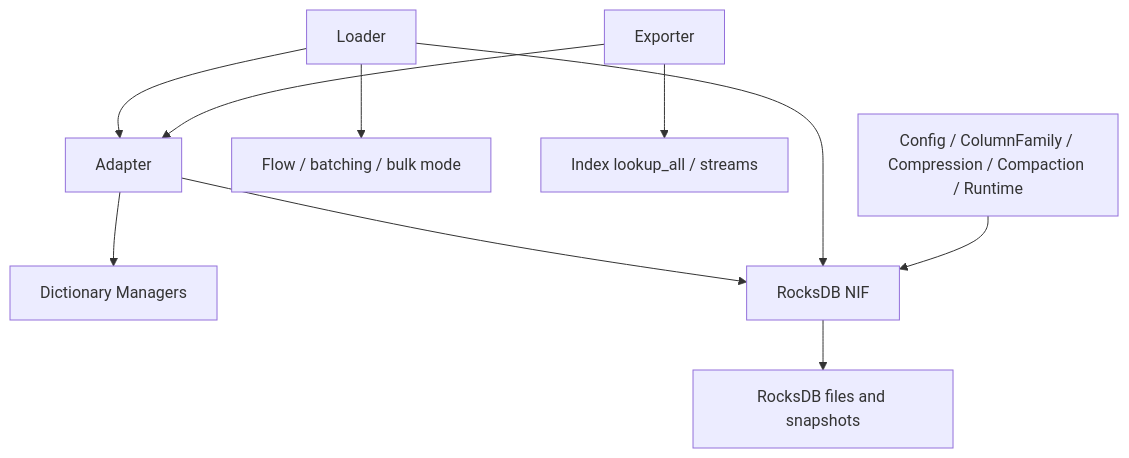
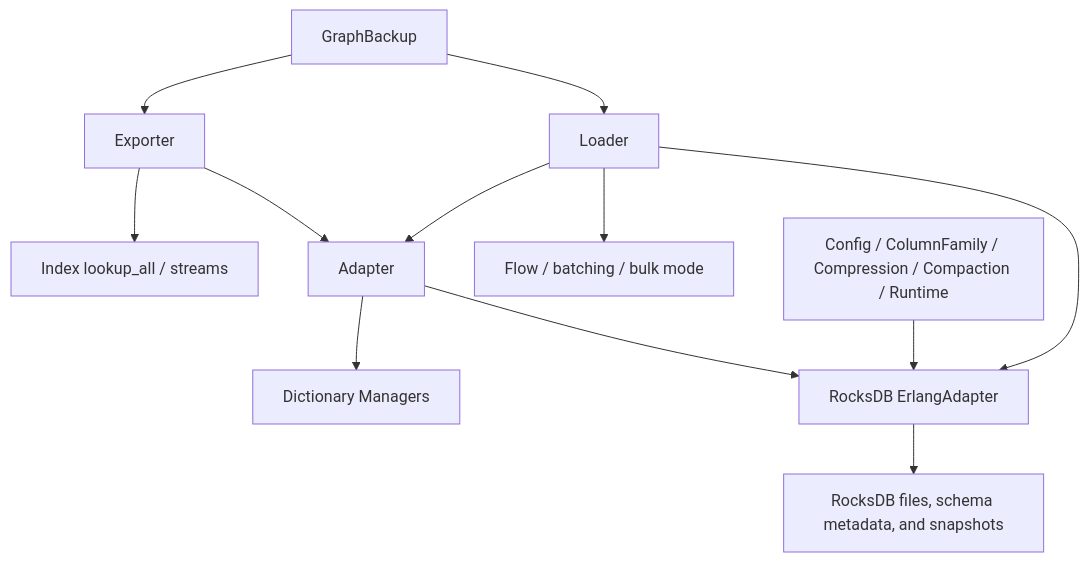
The diagram in specs/storage/native_backend_and_rdf_io.md (pcharbon70/triple_store), drawn with Mermaid before and after one commit. The commit also changed other lines of this file and 25 other files, not shown here.

Commit message:
Backfill specs from current architecture

````diff
--- a/specs/storage/native_backend_and_rdf_io.md
+++ b/specs/storage/native_backend_and_rdf_io.md
@@ -24,15 +26,17 @@
 ```mermaid
 graph TD
   A["Adapter"] --> B["Dictionary Managers"]
-  A --> C["RocksDB NIF"]
+  A --> C["RocksDB ErlangAdapter"]
 
   D["Loader"] --> A
   D --> E["Flow / batching / bulk mode"]
   D --> C
 
   F["Exporter"] --> G["Index lookup_all / streams"]
   F --> A
+  H["GraphBackup"] --> F
+  H --> D
 
-  H["Config / ColumnFamily / Compression / Compaction / Runtime"] --> C
-  C --> I["RocksDB files and snapshots"]
+  I["Config / ColumnFamily / Compression / Compaction / Runtime"] --> C
+  C --> J["RocksDB files, schema metadata, and snapshots"]
 ```
````
